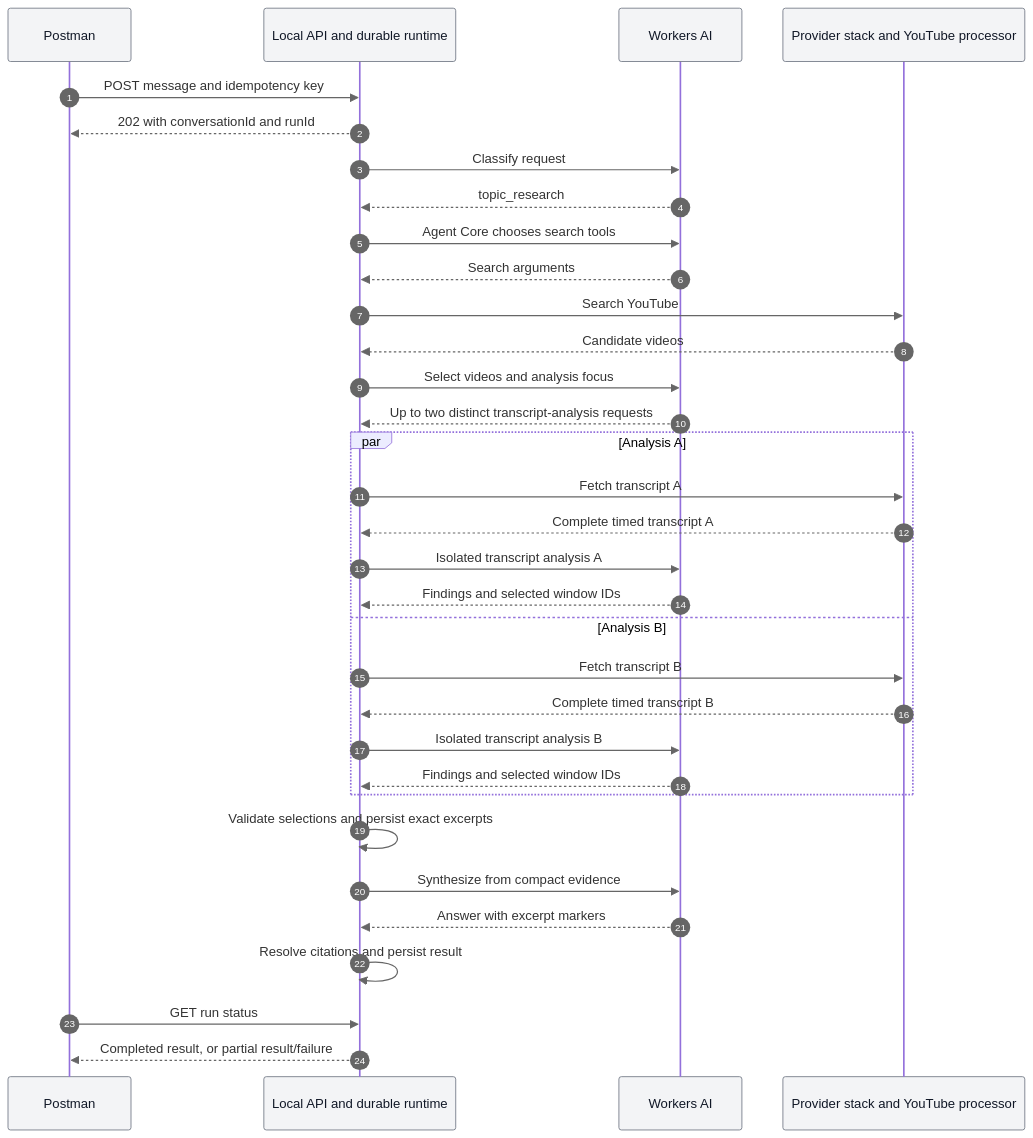
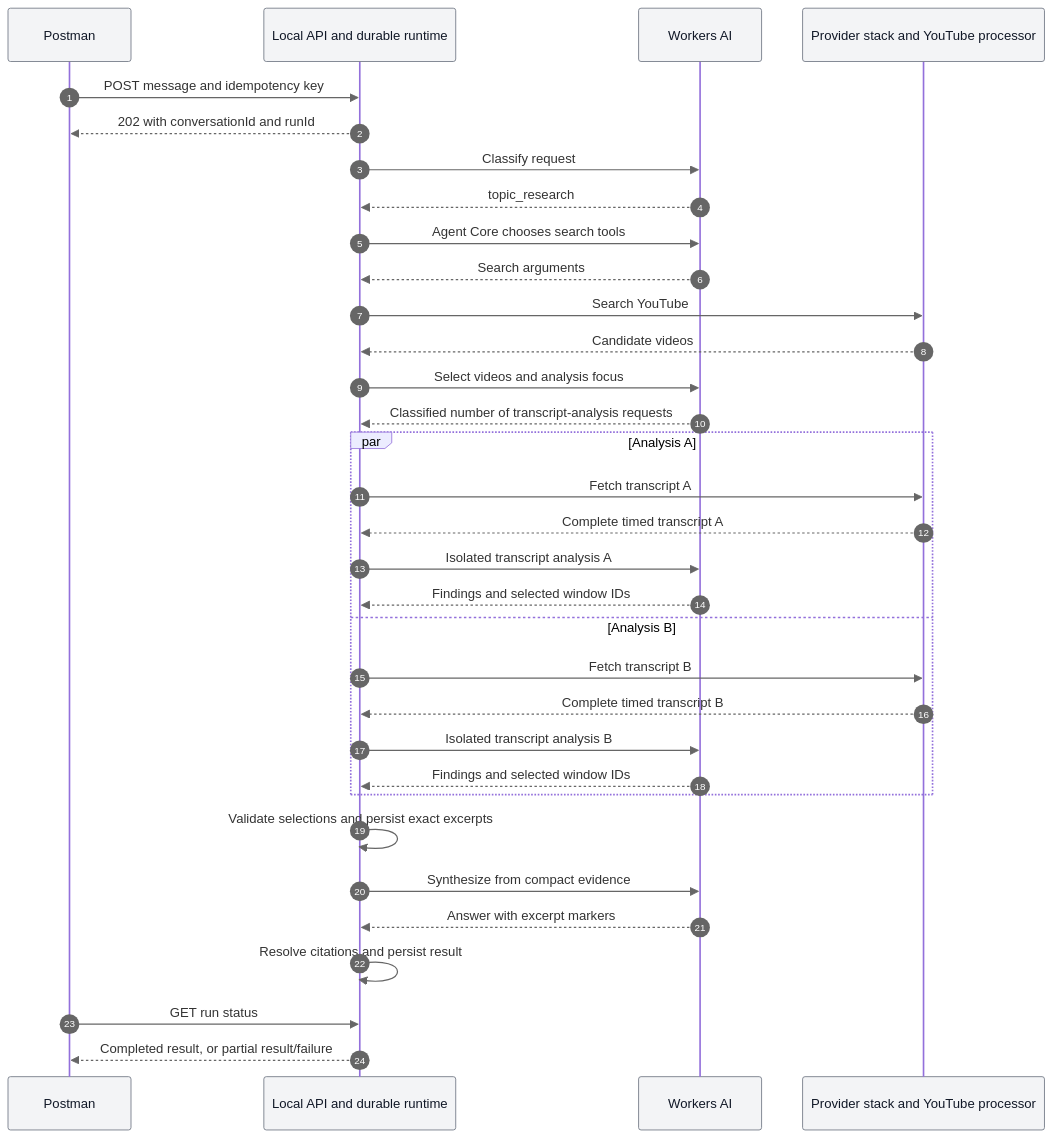
One commit to devhims/video2ctx changed the first of 3 diagrams in reference/engineering/AGENT_PATHS_AND_LIMITS.md. Above: the diagram before and after it, drawn with Mermaid. The commit also changed other lines of this file and 78 other files, not shown here.

````diff
--- a/reference/engineering/AGENT_PATHS_AND_LIMITS.md
+++ b/reference/engineering/AGENT_PATHS_AND_LIMITS.md
@@ -19,36 +21,36 @@
 ```mermaid
 %%{init: {"themeVariables": {"signalColor": "#666666", "sequenceNumberColor": "#ffffff", "actorBkg": "#f3f4f6", "actorTextColor": "#111827", "actorBorder": "#6b7280"}}}%%
 sequenceDiagram
     autonumber
     participant P as Postman
     participant R as Local API and durable runtime
     participant M as Workers AI
     participant Y as Provider stack and YouTube processor
     P->>R: POST message and idempotency key
     R-->>P: 202 with conversationId and runId
     R->>M: Classify request
     M-->>R: topic_research
     R->>M: Agent Core chooses search tools
     M-->>R: Search arguments
     R->>Y: Search YouTube
     Y-->>R: Candidate videos
     R->>M: Select videos and analysis focus
-    M-->>R: Up to two distinct transcript-analysis requests
+    M-->>R: Classified number of transcript-analysis requests
     par Analysis A
         R->>Y: Fetch transcript A
         Y-->>R: Complete timed transcript A
         R->>M: Isolated transcript analysis A
         M-->>R: Findings and selected window IDs
     and Analysis B
         R->>Y: Fetch transcript B
         Y-->>R: Complete timed transcript B
         R->>M: Isolated transcript analysis B
         M-->>R: Findings and selected window IDs
     end
     R->>R: Validate selections and persist exact excerpts
     R->>M: Synthesize from compact evidence
     M-->>R: Answer with excerpt markers
     R->>R: Resolve citations and persist result
     P->>R: GET run status
     R-->>P: Completed result, or partial result/failure
 ```
````
